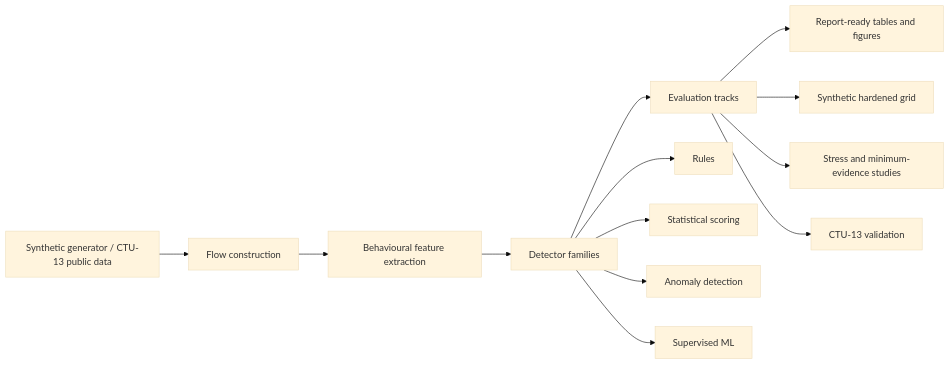
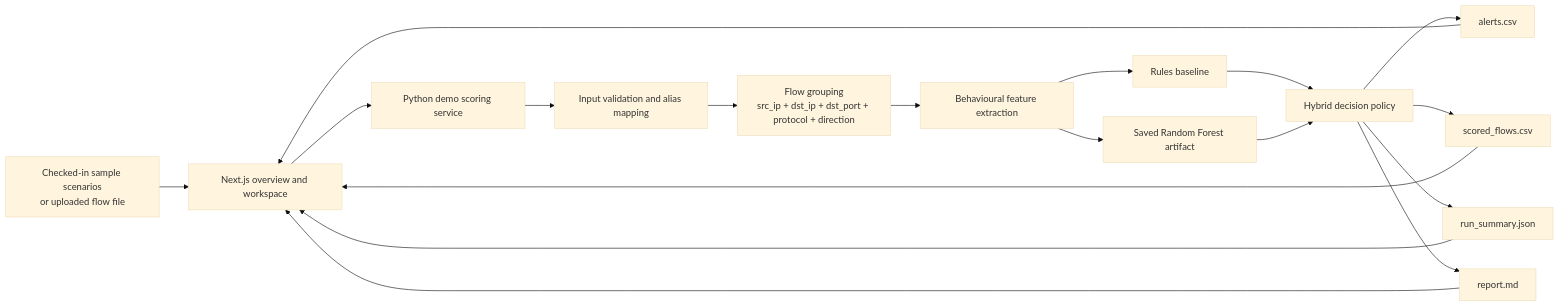
Before and after one commit to jarems421/Beaconing-detection-system: the diagram in README.md, drawn with Mermaid (base theme). The commit also changed other lines of this file and 27 other files, not shown here.

````diff
--- a/README.md
+++ b/README.md
@@ -47,17 +50,20 @@
 ```mermaid
 flowchart LR
-    A[Synthetic generator / CTU-13 public data] --> B[Flow construction]
-    B --> C[Behavioural feature extraction]
-    C --> D[Detector families]
-    D --> E[Evaluation tracks]
-    E --> F[Report-ready tables and figures]
-
-    D --> D1[Rules]
-    D --> D2[Statistical scoring]
-    D --> D3[Anomaly detection]
-    D --> D4[Supervised ML]
-
-    E --> E1[Synthetic hardened grid]
-    E --> E2[Stress and minimum-evidence studies]
-    E --> E3[CTU-13 validation]
+    A[Checked-in sample scenarios<br/>or uploaded flow file] --> B[Next.js overview and workspace]
+    B --> C[Python demo scoring service]
+    C --> D[Input validation and alias mapping]
+    D --> E[Flow grouping<br/>src_ip + dst_ip + dst_port + protocol + direction]
+    E --> F[Behavioural feature extraction]
+    F --> G1[Rules baseline]
+    F --> G2[Saved Random Forest artifact]
+    G1 --> H[Hybrid decision policy]
+    G2 --> H
+    H --> I[alerts.csv]
+    H --> J[scored_flows.csv]
+    H --> K[run_summary.json]
+    H --> L[report.md]
+    I --> B
+    J --> B
+    K --> B
+    L --> B
 ```
````
